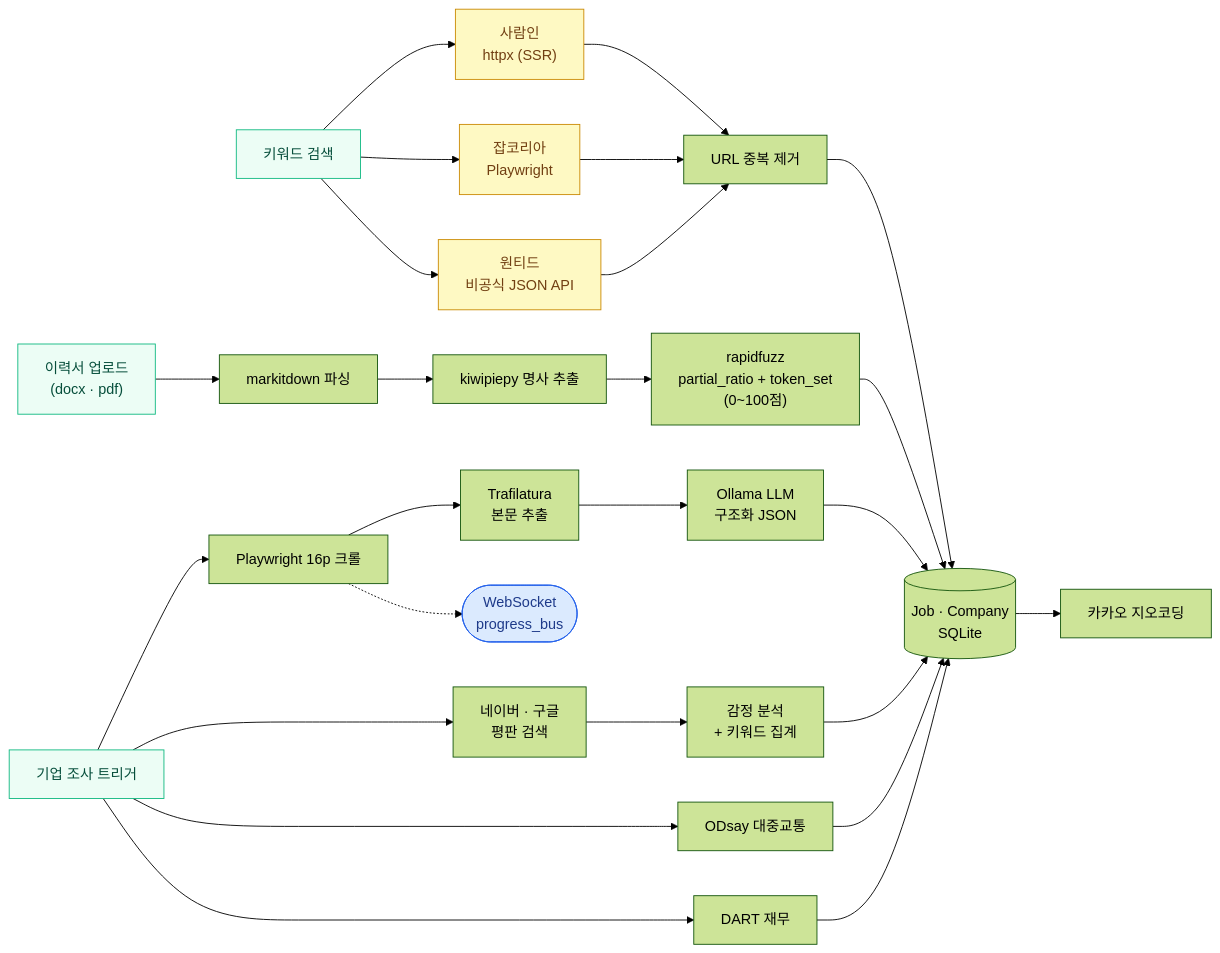
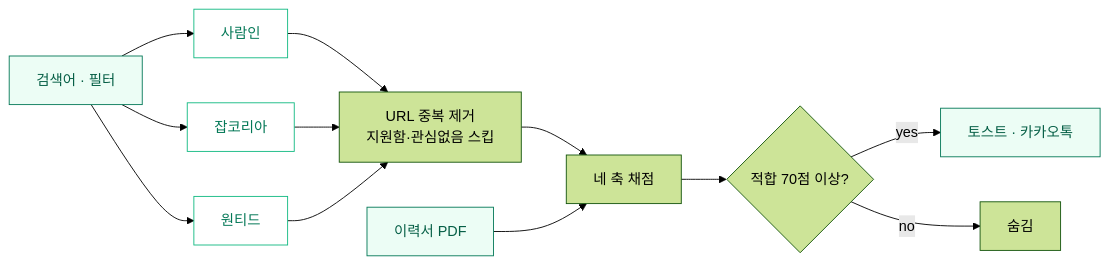
One commit to kimkuhyun/WHOAREYOU changed the diagram in README.md. Above: the diagram before and after it, drawn with Mermaid (forest theme). The commit also changed other lines of this file and 124 other files, not shown here.

````diff
--- a/README.md
+++ b/README.md
@@ -99,33 +66,16 @@
 ```mermaid
 flowchart LR
-  K["키워드 검색"]:::e --> SA["사람인<br/>httpx (SSR)"]:::s
-  K --> JK["잡코리아<br/>Playwright"]:::s
-  K --> WT["원티드<br/>비공식 JSON API"]:::s
-  SA --> D["URL 중복 제거"]
-  JK --> D
-  WT --> D
-  D --> DB[("Job · Company<br/>SQLite")]
-  DB --> GC["카카오 지오코딩"]
-
-  R["이력서 업로드<br/>(docx · pdf)"]:::e --> MD["markitdown 파싱"]
-  MD --> KW["kiwipiepy 명사 추출"]
-  KW --> ATS["rapidfuzz<br/>partial_ratio + token_set<br/>(0~100점)"]
-  ATS --> DB
-
-  RES["기업 조사 트리거"]:::e --> CR["Playwright 16p 크롤"]
-  CR --> EX["Trafilatura<br/>본문 추출"]
-  EX --> LLM["Ollama LLM<br/>구조화 JSON"]
-  RES --> SR["네이버 · 구글<br/>평판 검색"]
-  SR --> SENT["감정 분석<br/>+ 키워드 집계"]
-  RES --> ODS["ODsay 대중교통"]
-  RES --> DART["DART 재무"]
-  LLM --> DB
-  SENT --> DB
-  ODS --> DB
-  DART --> DB
-  CR -.-> WS(["WebSocket<br/>progress_bus"]):::w
-
-  classDef e fill:#ecfdf5,stroke:#10b981,color:#064e3b
-  classDef s fill:#fef9c3,stroke:#ca8a04,color:#713f12
-  classDef w fill:#dbeafe,stroke:#2563eb,color:#1e3a8a
+  KW["검색어 · 필터"]:::e --> SA["사람인"]:::s
+  KW --> JK["잡코리아"]:::s
+  KW --> WT["원티드"]:::s
+  SA --> DD["URL 중복 제거<br/>지원함·관심없음 스킵"]
+  JK --> DD
+  WT --> DD
+  DD --> SC["네 축 채점"]
+  R["이력서 PDF"]:::e --> SC
+  SC --> TH{"적합 70점 이상?"}
+  TH -->|yes| NT["토스트 · 카카오톡"]:::e
+  TH -->|no| HD["숨김"]
+  classDef e fill:#ecfdf5,stroke:#047857,color:#065f46;
+  classDef s fill:#ffffff,stroke:#10b981,color:#047857;
 ```
````
